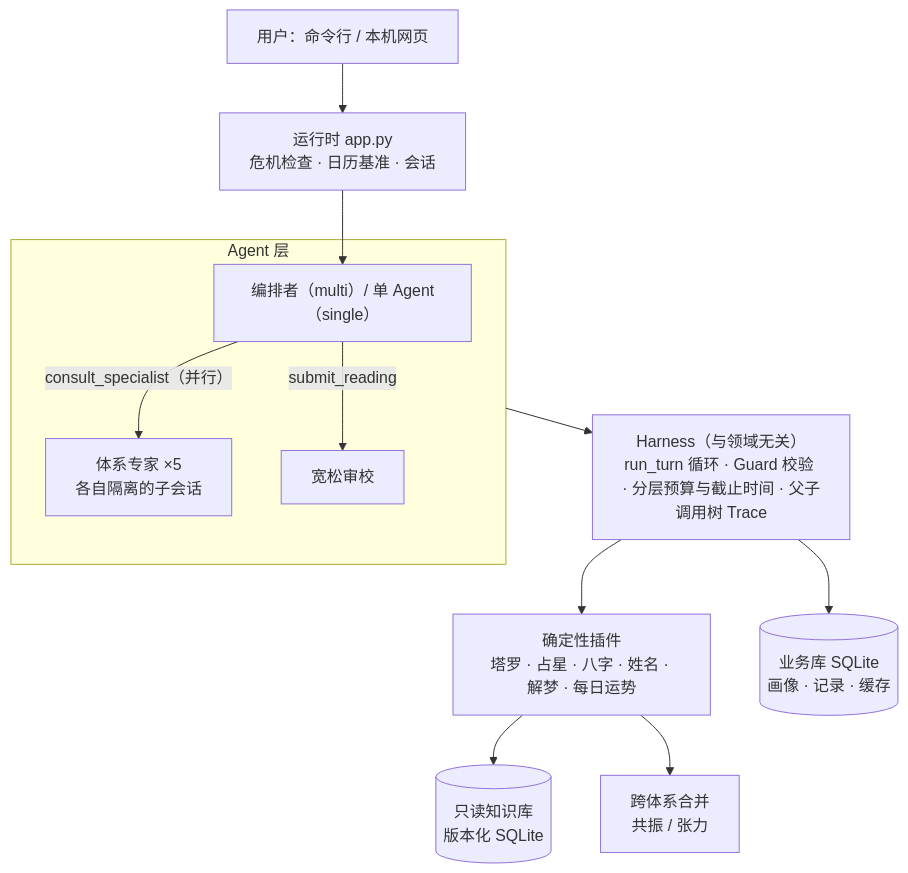
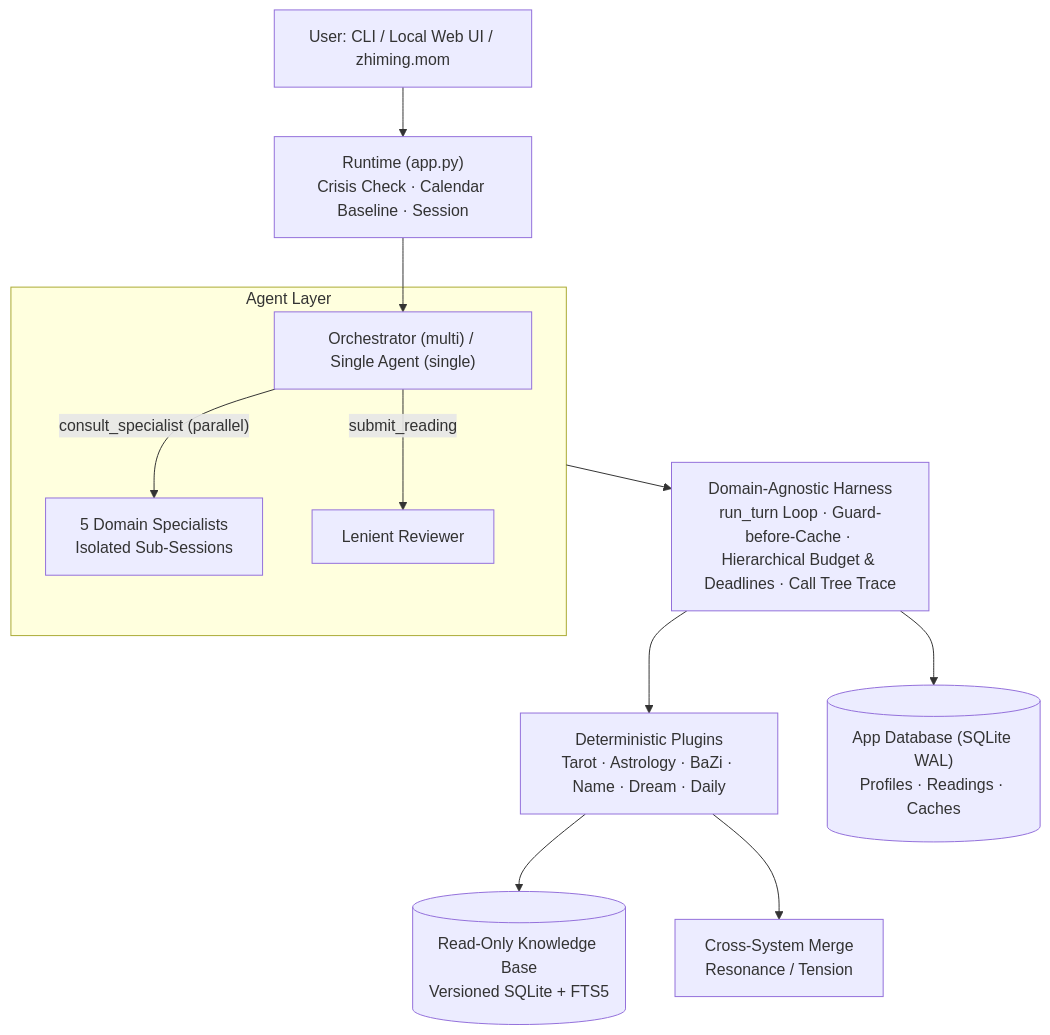
One commit to stanGSA/ZhiMing changed the diagram in README.md. Above: the diagram before and after it, drawn with Mermaid. The commit also changed other lines of this file and 1 other file, not shown here.

Commit message:
docs(readme): make English README primary with MCP setup, bilingual links, and zhiming.mom CTA

````diff
--- a/README.md
+++ b/README.md
@@ -26,17 +41,17 @@
 ```mermaid
 flowchart TB
-    U["用户：命令行 / 本机网页"] --> RT["运行时 app.py<br/>危机检查 · 日历基准 · 会话"]
+    U["User: CLI / Local Web UI / zhiming.mom"] --> RT["Runtime (app.py)<br/>Crisis Check · Calendar Baseline · Session"]
     RT --> O
-    subgraph AG["Agent 层"]
-        O["编排者（multi）/ 单 Agent（single）"]
-        S["体系专家 ×5<br/>各自隔离的子会话"]
-        R["宽松审校"]
-        O -- "consult_specialist（并行）" --> S
+    subgraph AG["Agent Layer"]
+        O["Orchestrator (multi) / Single Agent (single)"]
+        S["5 Domain Specialists<br/>Isolated Sub-Sessions"]
+        R["Lenient Reviewer"]
+        O -- "consult_specialist (parallel)" --> S
         O -- "submit_reading" --> R
     end
-    AG --> H["Harness（与领域无关）<br/>run_turn 循环 · Guard 校验 · 分层预算与截止时间 · 父子调用树 Trace"]
-    H --> P["确定性插件<br/>塔罗 · 占星 · 八字 · 姓名 · 解梦 · 每日运势"]
-    P --> KB[("只读知识库<br/>版本化 SQLite")]
-    P --> M["跨体系合并<br/>共振 / 张力"]
-    H --> DB[("业务库 SQLite<br/>画像 · 记录 · 缓存")]
+    AG --> H["Domain-Agnostic Harness<br/>run_turn Loop · Guard-before-Cache · Hierarchical Budget & Deadlines · Call Tree Trace"]
+    H --> P["Deterministic Plugins<br/>Tarot · Astrology · BaZi · Name · Dream · Daily"]
+    P --> KB[("Read-Only Knowledge Base<br/>Versioned SQLite + FTS5")]
+    P --> M["Cross-System Merge<br/>Resonance / Tension"]
+    H --> DB[("App Database (SQLite WAL)<br/>Profiles · Readings · Caches")]
 ```
````
